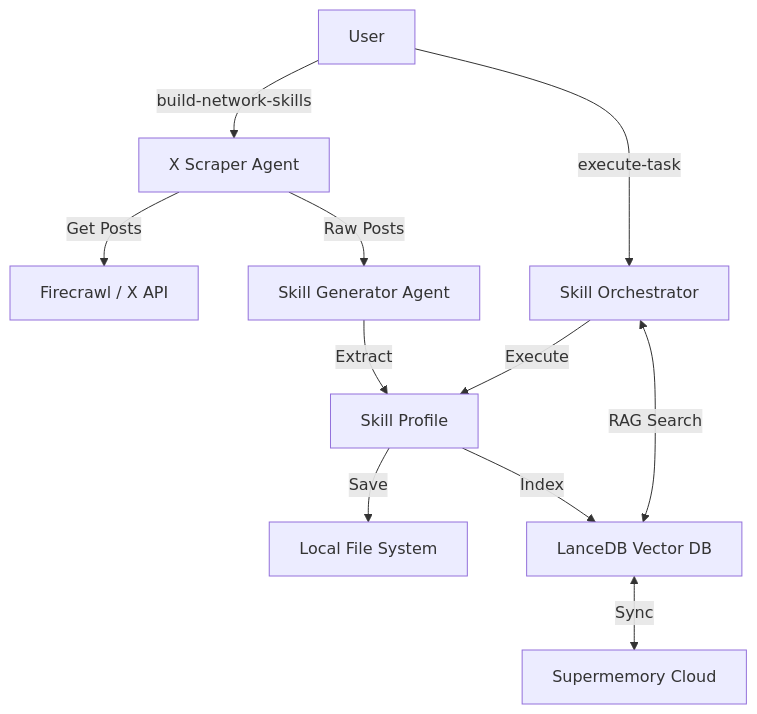
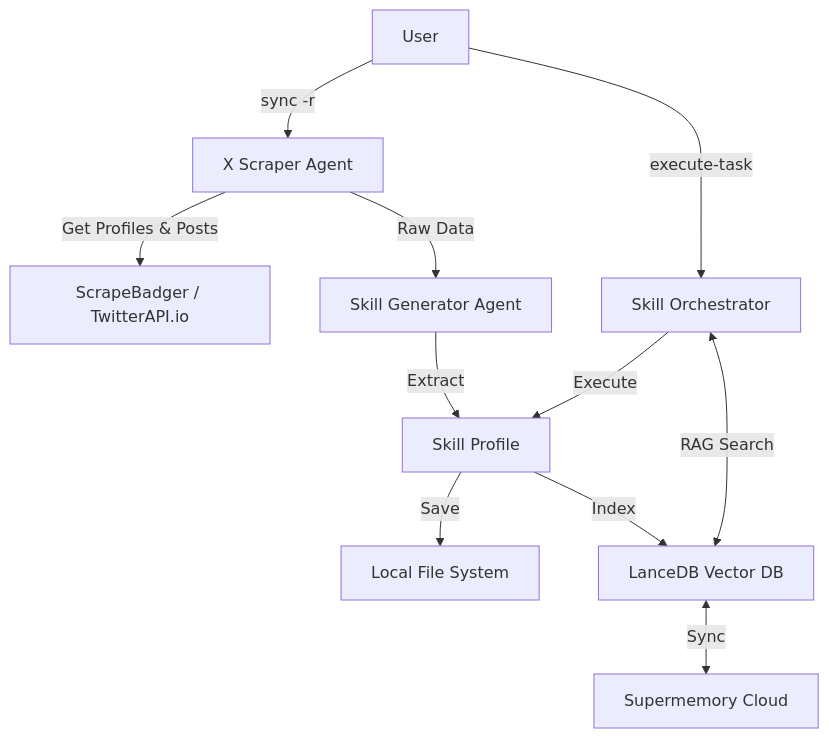
One commit to Ash-Blanc/skiller changed the diagram in README.md. Above: the diagram before and after it, drawn with Mermaid. The commit also changed other lines of this file, not shown here.

````diff
--- a/README.md
+++ b/README.md
@@ -115,14 +137,14 @@
 ```mermaid
 graph TD
-    User[User] -->|build-network-skills| Scraper[X Scraper Agent]
-    Scraper -->|Get Posts| Firecrawl[Firecrawl / X API]
-    Scraper -->|Raw Posts| Generator[Skill Generator Agent]
+    User[User] -->|sync -r| Scraper[X Scraper Agent]
+    Scraper -->|Get Profiles & Posts| Source[ScrapeBadger / TwitterAPI.io]
+    Scraper -->|Raw Data| Generator[Skill Generator Agent]
     Generator -->|Extract| Profile[Skill Profile]
     Profile -->|Save| Local[Local File System]
     Profile -->|Index| LanceDB[LanceDB Vector DB]
     LanceDB <-->|Sync| Supermemory[Supermemory Cloud]
     
     User -->|execute-task| Orchestrator[Skill Orchestrator]
     Orchestrator <-->|RAG Search| LanceDB
     Orchestrator -->|Execute| Profile
 ```
````
